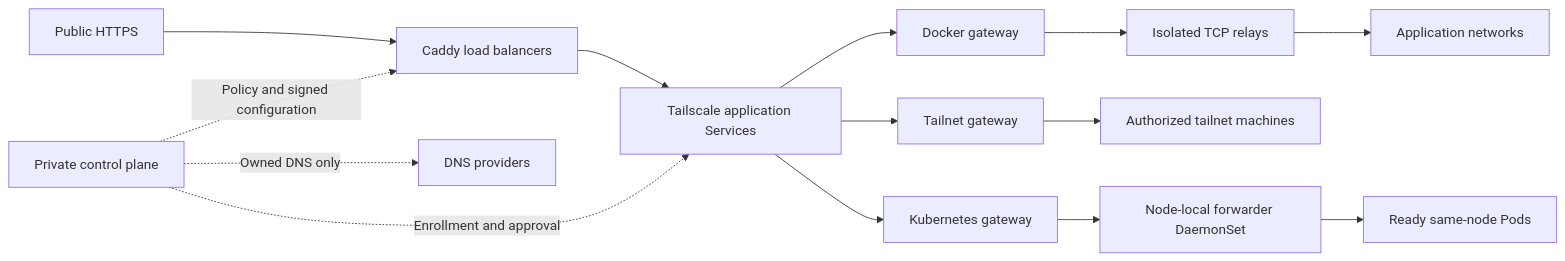
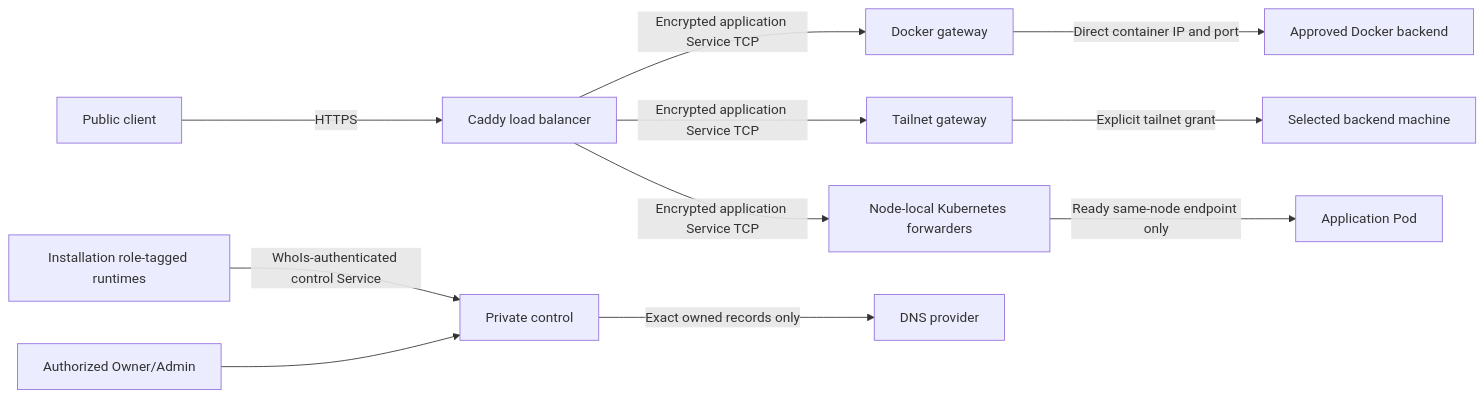
The diagram in README.md (tailscale-x/tailscale-private-funnel), drawn with Mermaid before and after one commit. The commit also changed other lines of this file and 247 other files, not shown here.

Commit message:
Use Tailscale installation roles and direct Docker forwarding

````diff
--- a/README.md
+++ b/README.md
@@ -53,16 +52,13 @@
 ```mermaid
 flowchart LR
-    Public[Public HTTPS] --> LB[Caddy load balancers]
-    LB --> TS[Tailscale application Services]
-    TS --> Docker[Docker gateway]
-    TS --> Tailnet[Tailnet gateway]
-    TS --> K8s[Kubernetes gateway]
-    Docker --> Relay[Isolated TCP relays]
-    Relay --> Containers[Application networks]
-    Tailnet --> Machines[Authorized tailnet machines]
-    K8s --> Forwarders[Node-local forwarder DaemonSet]
-    Forwarders --> Pods[Ready same-node Pods]
-    Control[Private control plane] -. Policy and signed configuration .-> LB
-    Control -. Enrollment and approval .-> TS
-    Control -. Owned DNS only .-> DNS[DNS providers]
+  Browser[Public client] -->|HTTPS| LB[Caddy load balancer]
+  LB -->|Encrypted application Service TCP| Docker[Docker gateway]
+  LB -->|Encrypted application Service TCP| Tailnet[Tailnet gateway]
+  LB -->|Encrypted application Service TCP| K8s[Node-local Kubernetes forwarders]
+  Docker -->|Direct container IP and port| Container[Approved Docker backend]
+  Tailnet -->|Explicit tailnet grant| Machine[Selected backend machine]
+  K8s -->|Ready same-node endpoint only| Pod[Application Pod]
+  Runtime[Installation role-tagged runtimes] -->|WhoIs-authenticated control Service| Control[Private control]
+  Humans[Authorized Owner/Admin] --> Control
+  Control -->|Exact owned records only| DNS[DNS provider]
 ```
````
